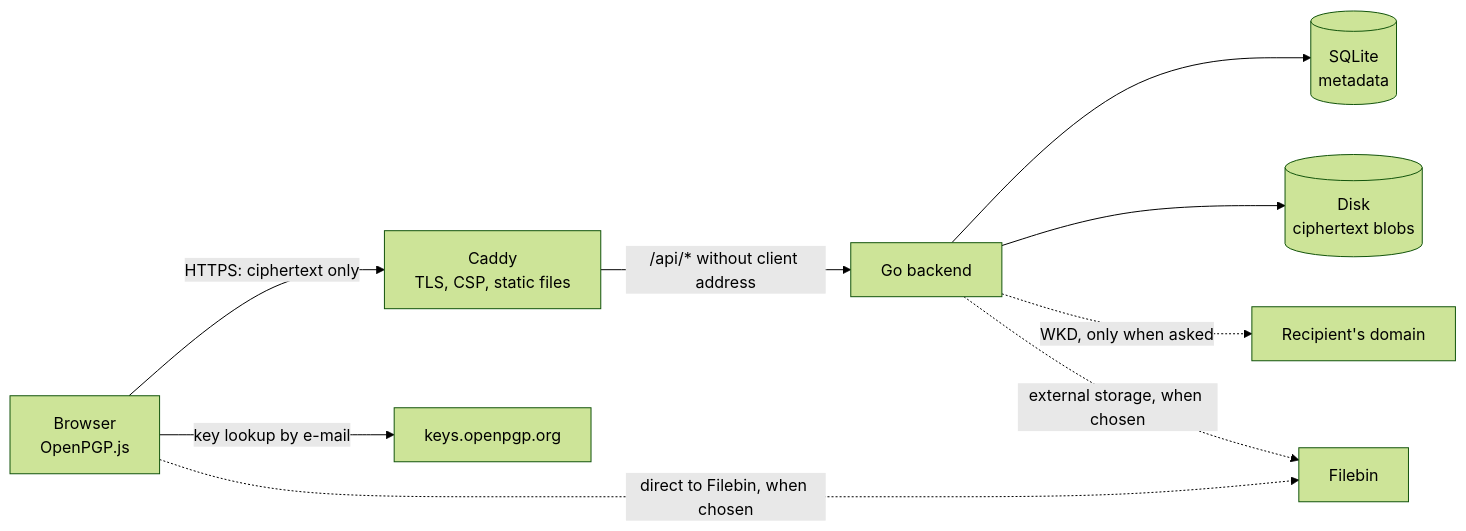
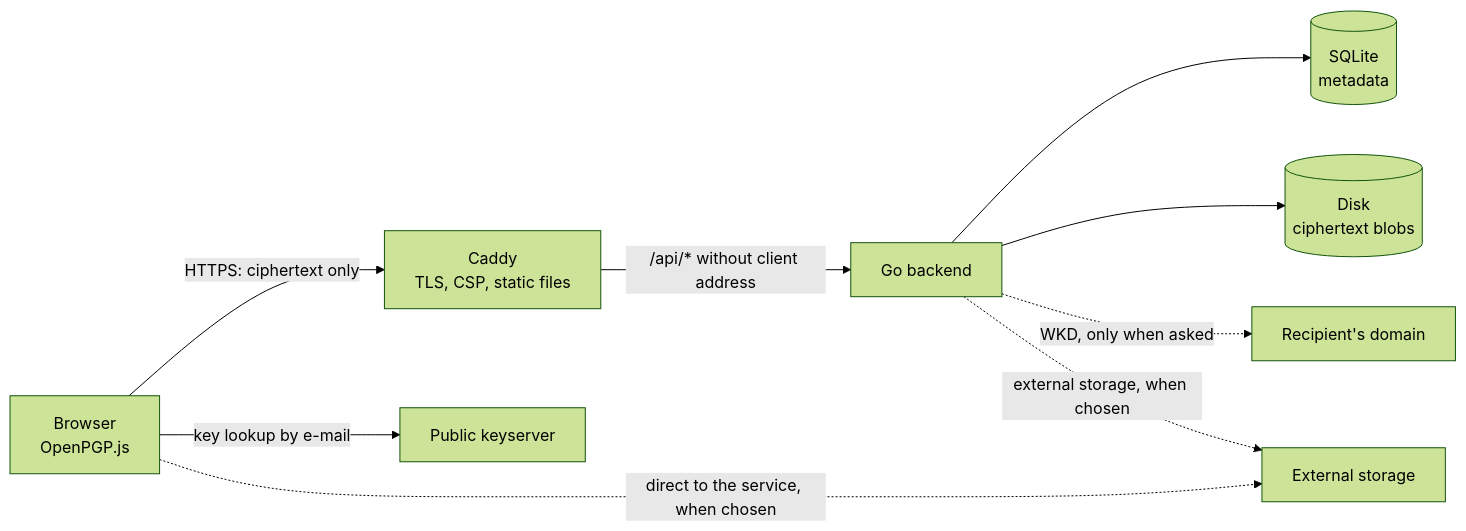
The diagram in docs/architecture.md (FileBunny/filebunny), drawn with Mermaid (forest theme) before and after one commit. The commit also changed other lines of this file and 6 other files, not shown here.

````diff
--- a/docs/architecture.md
+++ b/docs/architecture.md
@@ -5,11 +5,11 @@
 ```mermaid
 flowchart LR
     B[Browser<br/>OpenPGP.js] -- "HTTPS: ciphertext only" --> C[Caddy<br/>TLS, CSP, static files]
     C -- "/api/* without client address" --> G[Go backend]
     G --> D[(SQLite<br/>metadata)]
     G --> F[(Disk<br/>ciphertext blobs)]
-    B -- "key lookup by e-mail" --> K[keys.openpgp.org]
+    B -- "key lookup by e-mail" --> K[Public keyserver]
     G -. "WKD, only when asked" .-> W[Recipient's domain]
-    G -. "external storage, when chosen" .-> X[Filebin]
-    B -. "direct to Filebin, when chosen" .-> X
+    G -. "external storage, when chosen" .-> X[External storage]
+    B -. "direct to the service, when chosen" .-> X
 ```
````
